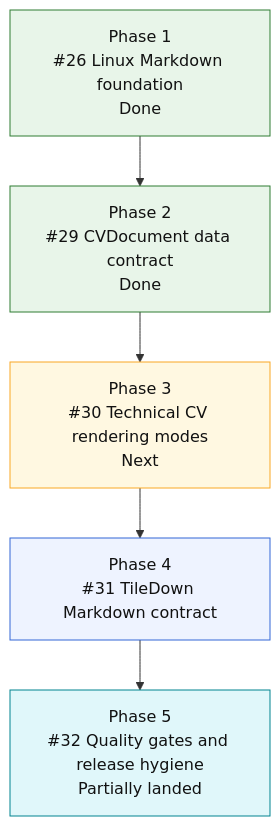
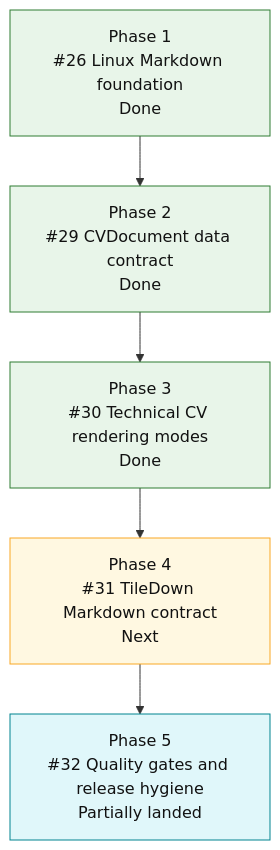
The diagram in README.md (mihaelamj/cvbuilder), drawn with Mermaid before and after one commit. The commit also changed 1 other file, not shown here.

Commit message:
docs(roadmap): mark rendering modes done

````diff
--- a/README.md
+++ b/README.md
@@ -145,19 +145,18 @@
 ```mermaid
 flowchart TD
     P1["Phase 1<br/>#26 Linux Markdown foundation<br/>Done"]
     P2["Phase 2<br/>#29 CVDocument data contract<br/>Done"]
-    P3["Phase 3<br/>#30 Technical CV rendering modes<br/>Next"]
-    P4["Phase 4<br/>#31 TileDown Markdown contract"]
+    P3["Phase 3<br/>#30 Technical CV rendering modes<br/>Done"]
+    P4["Phase 4<br/>#31 TileDown Markdown contract<br/>Next"]
     P5["Phase 5<br/>#32 Quality gates and release hygiene<br/>Partially landed"]
 
     P1 --> P2 --> P3 --> P4 --> P5
 
     classDef done fill:#e8f5e9,stroke:#2e7d32,color:#111;
     classDef next fill:#fff8e1,stroke:#f9a825,color:#111;
     classDef partial fill:#e0f7fa,stroke:#00838f,color:#111;
     classDef todo fill:#eef3ff,stroke:#3367d6,color:#111;
-    class P1,P2 done;
-    class P3 next;
+    class P1,P2,P3 done;
+    class P4 next;
     class P5 partial;
-    class P4 todo;
 ```
````
